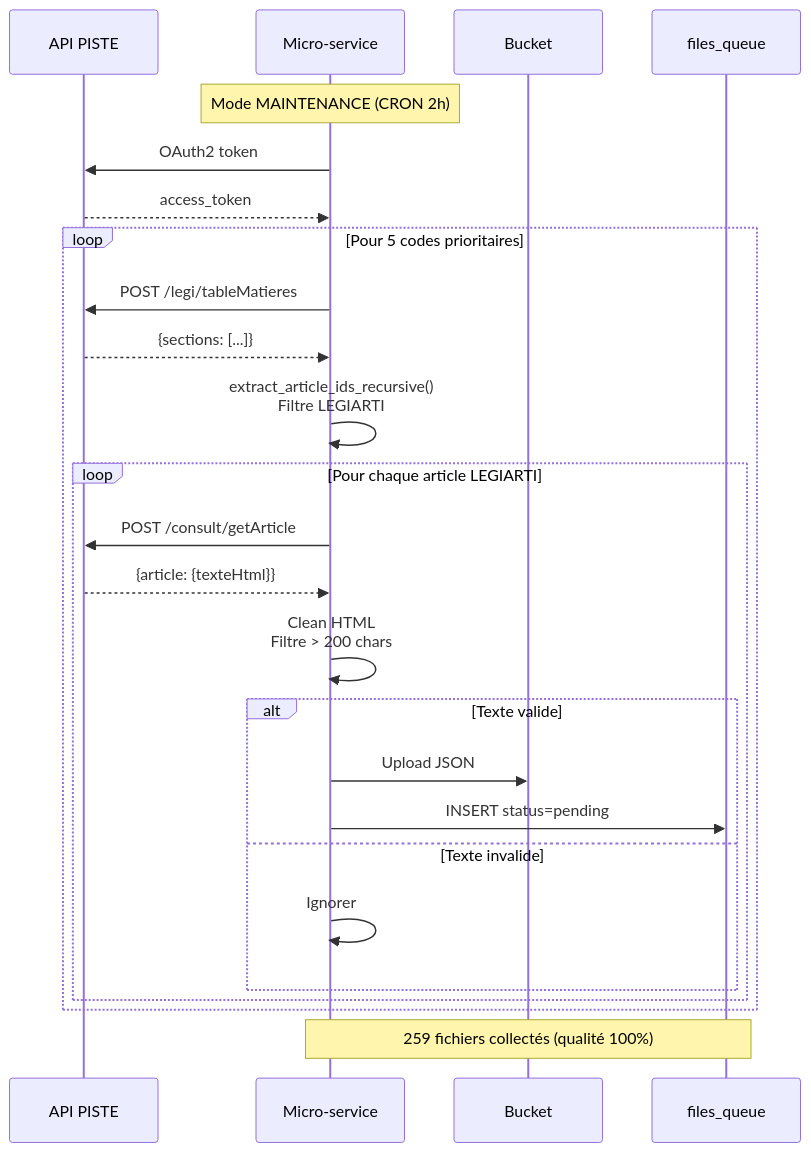
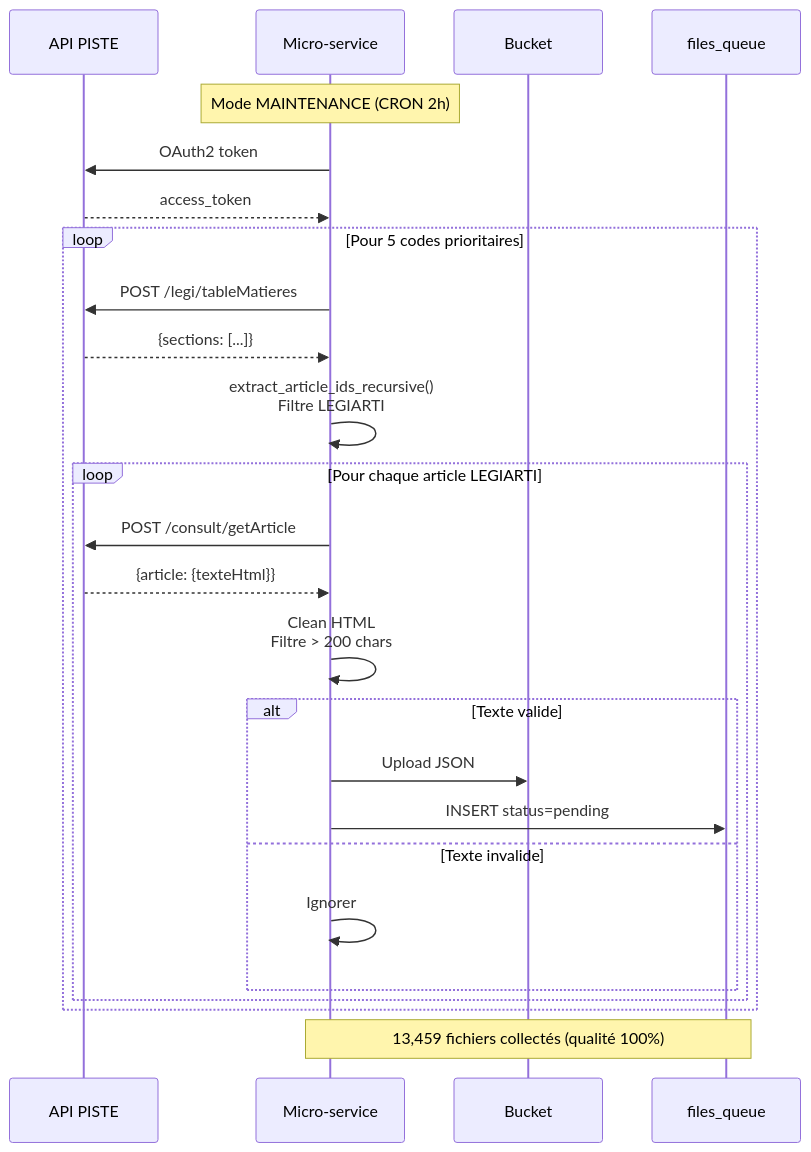
The fourth of 5 diagrams in 01-ARCHITECTURE-GLOBALE.md (Volgine/Documentations-Projets-ArchiReg), drawn with Mermaid before and after one commit. The commit also changed other lines of this file and 2 other files, not shown here.

````diff
--- a/01-ARCHITECTURE-GLOBALE.md
+++ b/01-ARCHITECTURE-GLOBALE.md
@@ -175,34 +172,34 @@
 ```mermaid
 sequenceDiagram
     participant API as API PISTE
     participant MS as Micro-service
     participant BKT as Bucket
     participant FQ as files_queue
     
     Note over MS: Mode MAINTENANCE (CRON 2h)
     MS->>API: OAuth2 token
     API-->>MS: access_token
     
     loop Pour 5 codes prioritaires
         MS->>API: POST /legi/tableMatieres
         API-->>MS: {sections: [...]}
         
         MS->>MS: extract_article_ids_recursive()<br/>Filtre LEGIARTI
         
         loop Pour chaque article LEGIARTI
             MS->>API: POST /consult/getArticle
             API-->>MS: {article: {texteHtml}}
             
             MS->>MS: Clean HTML<br/>Filtre > 200 chars
             
             alt Texte valide
                 MS->>BKT: Upload JSON
                 MS->>FQ: INSERT status=pending
             else Texte invalide
                 MS->>MS: Ignorer
             end
         end
     end
     
-    Note over MS,FQ: 259 fichiers collectés (qualité 100%)
+    Note over MS,FQ: 13,459 fichiers collectés (qualité 100%)
 ```
````
